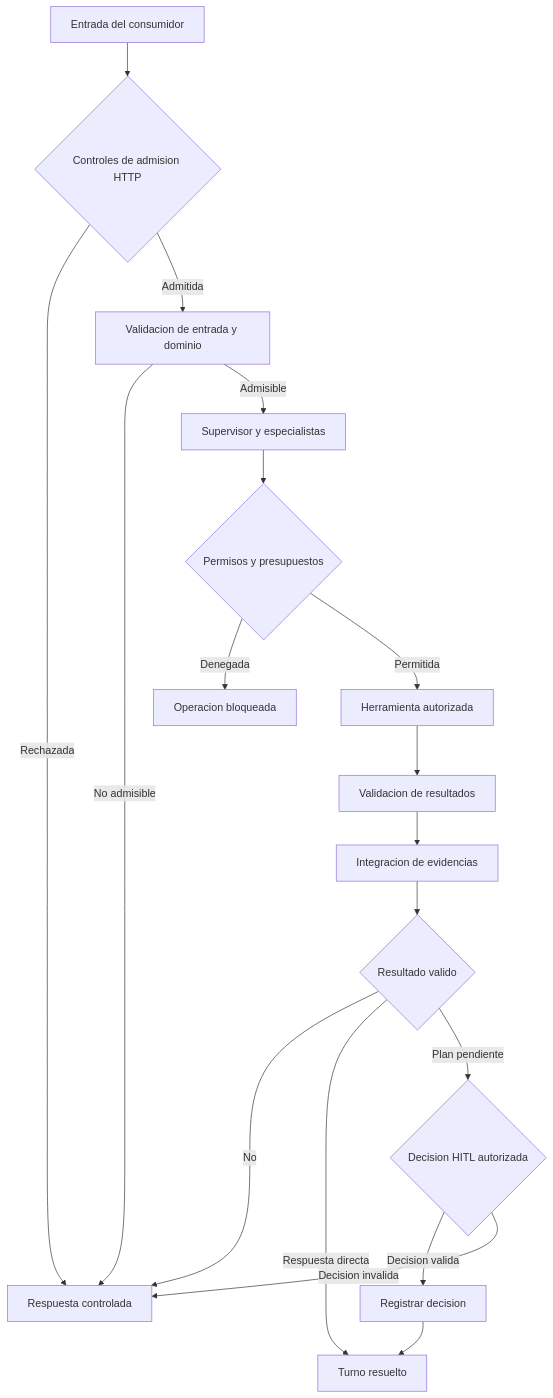
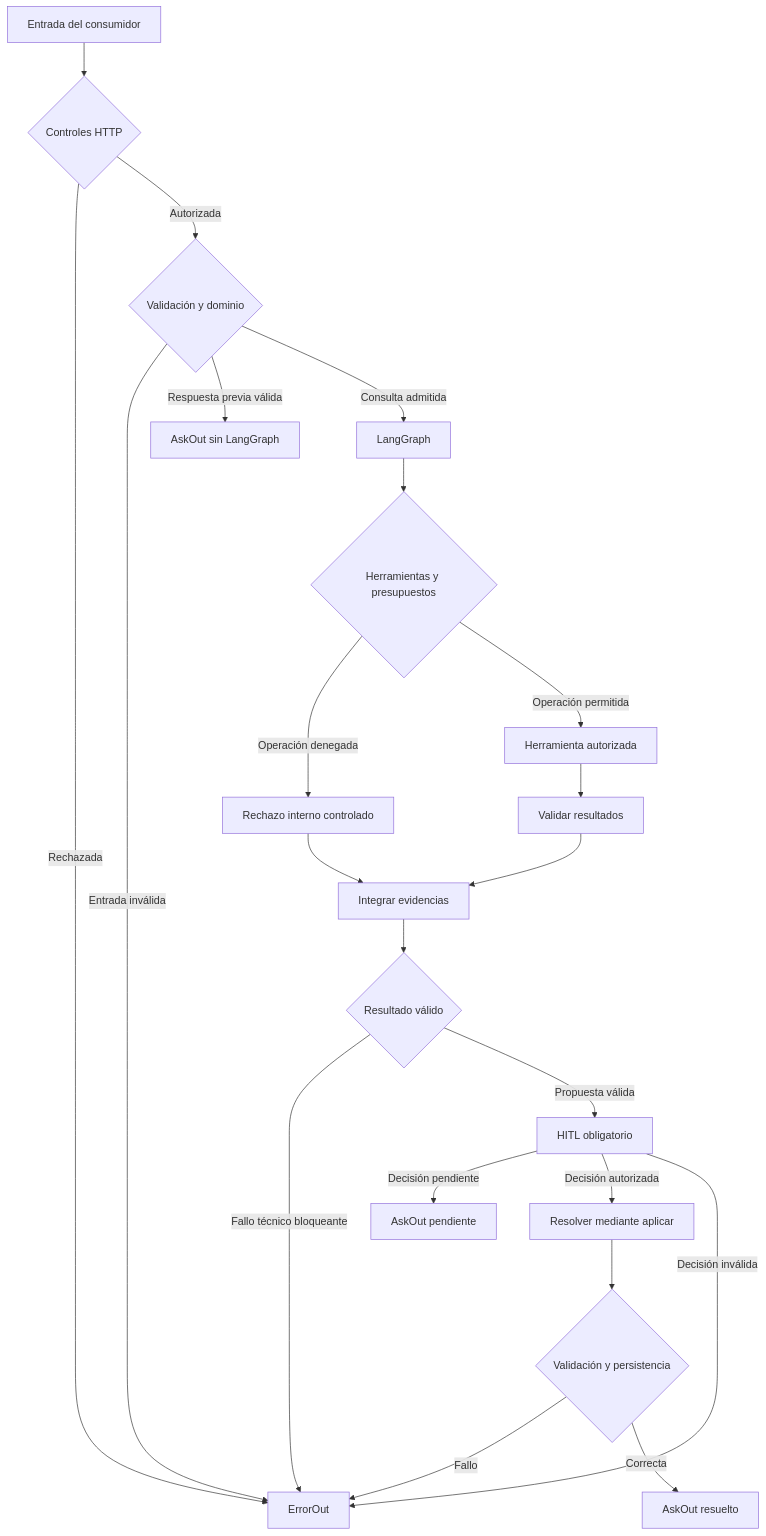
Before and after one commit to alex-bometon/pb03_equipo18: the diagram in specs/10-seguridad.md, drawn with Mermaid. The commit also changed other lines of this file and 3 other files, not shown here.

````diff
--- a/specs/10-seguridad.md
+++ b/specs/10-seguridad.md
@@ -102,26 +150,33 @@
 ```mermaid
 flowchart TD
-    U[Entrada del consumidor] --> A{Controles de admision HTTP}
-    A -->|Rechazada| E[Respuesta controlada]
-    A -->|Admitida| V[Validacion de entrada y dominio]
+    U[Entrada del consumidor] --> A{Controles HTTP}
 
-    V -->|No admisible| E
-    V -->|Admisible| R[Supervisor y especialistas]
+    A -->|Rechazada| E[ErrorOut]
+    A -->|Autorizada| V{Validación y dominio}
 
-    R --> L{Permisos y presupuestos}
-    L -->|Denegada| D[Operacion bloqueada]
-    L -->|Permitida| T[Herramienta autorizada]
+    V -->|Entrada inválida| E
+    V -->|Respuesta previa válida| P[AskOut sin LangGraph]
+    V -->|Consulta admitida| G[LangGraph]
 
-    T --> C[Validacion de resultados]
-    C --> S[Integracion de evidencias]
-    S --> F{Resultado valido}
+    G --> L{Herramientas y presupuestos}
 
-    F -->|No| E
-    F -->|Respuesta directa| O[Turno resuelto]
-    F -->|Plan pendiente| H{Decision HITL autorizada}
+    L -->|Operación denegada| D[Rechazo interno controlado]
+    L -->|Operación permitida| T[Herramienta autorizada]
 
-    H -->|Decision valida| P[Registrar decision]
-    H -->|Decision invalida| E
+    T --> C[Validar resultados]
+    C --> S[Integrar evidencias]
+    D --> S
 
-    P --> O
+    S --> F{Resultado válido}
+
+    F -->|Fallo técnico bloqueante| E
+    F -->|Propuesta válida| H[HITL obligatorio]
+
+    H -->|Decisión pendiente| I[AskOut pendiente]
+    H -->|Decisión autorizada| R[Resolver mediante aplicar]
+    H -->|Decisión inválida| E
+
+    R --> B{Validación y persistencia}
+    B -->|Fallo| E
+    B -->|Correcta| O[AskOut resuelto]
 ```
````
